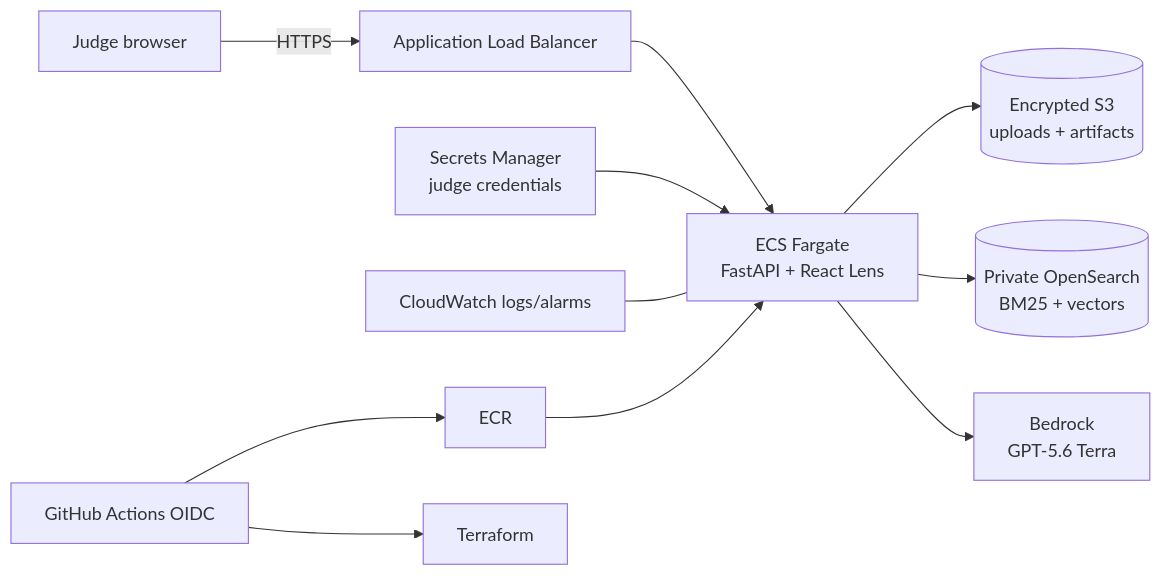
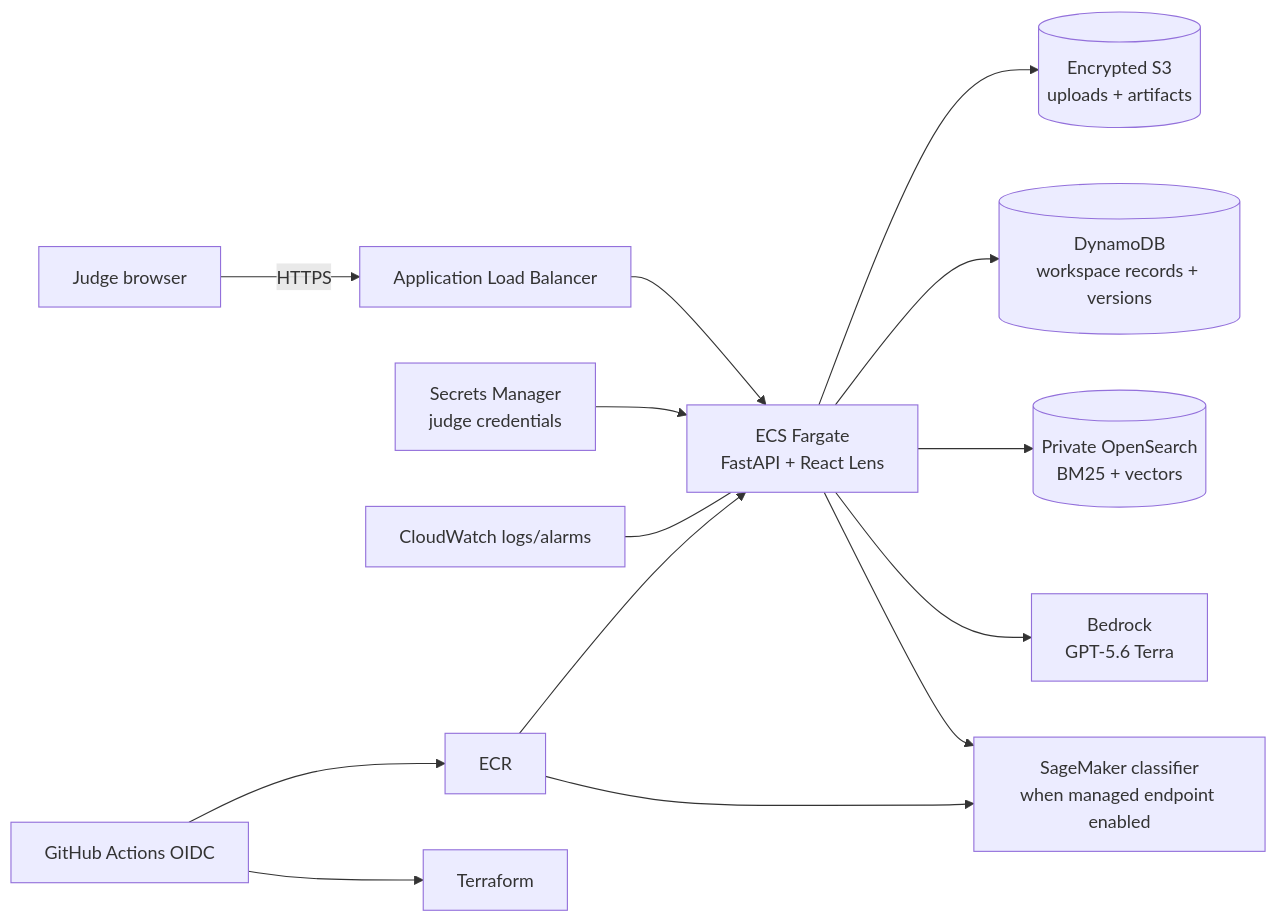
Before and after one commit to Kana-Systems/NDIA-DC-Hackathon-2026: the diagram in README.md, drawn with Mermaid. The commit also changed other lines of this file and 22 other files, not shown here.

Commit message:
Repair SageMaker deployment and simplify hackathon workspace

````diff
--- a/README.md
+++ b/README.md
@@ -89,13 +112,16 @@
 ```mermaid
 flowchart LR
   Judge[Judge browser] -->|HTTPS| ALB[Application Load Balancer]
   ALB --> ECS[ECS Fargate\nFastAPI + React Lens]
   ECS --> S3[(Encrypted S3\nuploads + artifacts)]
+  ECS --> DDB[(DynamoDB\nworkspace records + versions)]
   ECS --> OS[(Private OpenSearch\nBM25 + vectors)]
   ECS --> BR[Bedrock\nGPT-5.6 Terra]
+  ECS --> CLS[SageMaker classifier\nwhen managed endpoint enabled]
   SM[Secrets Manager\njudge credentials] --> ECS
   CW[CloudWatch logs/alarms] --- ECS
   GHA[GitHub Actions OIDC] --> ECR[ECR]
   GHA --> TF[Terraform]
   ECR --> ECS
+  ECR --> CLS
 ```
````
